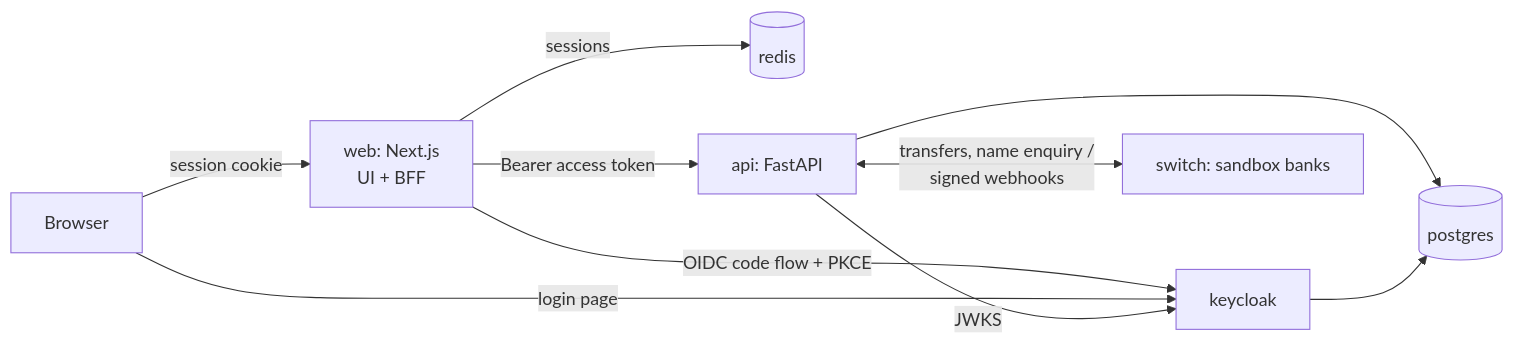
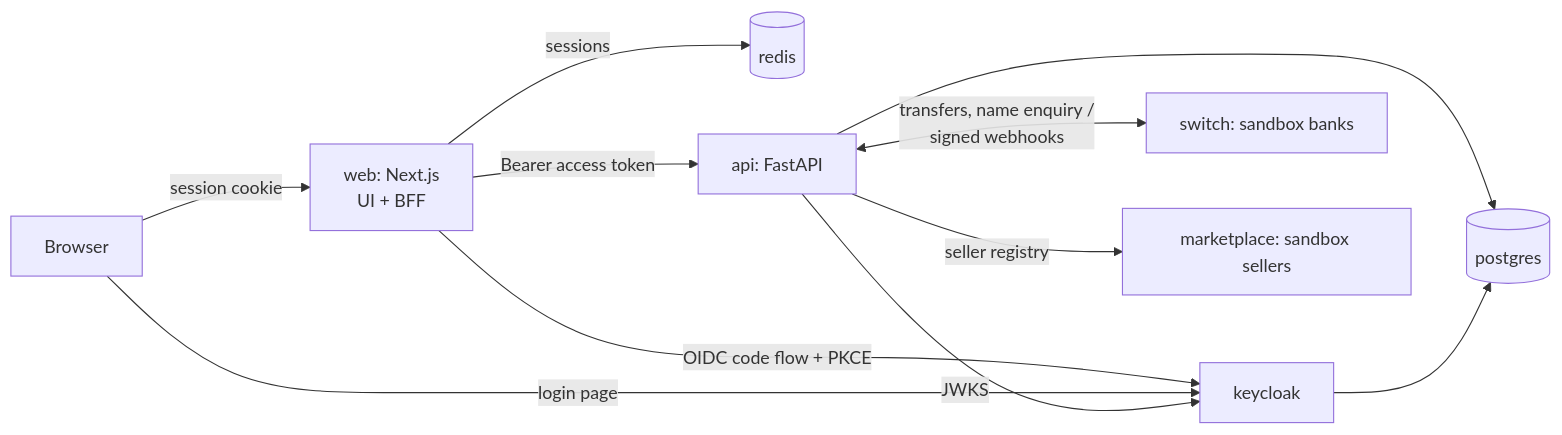
Before and after one commit to DAMILARE1012/agent-purchase: the diagram in README.md, drawn with Mermaid. The commit also changed other lines of this file and 139 other files, not shown here.

````diff
--- a/README.md
+++ b/README.md
@@ -68,12 +79,13 @@
 ```mermaid
 flowchart LR
   B[Browser] -->|session cookie| W[web: Next.js<br/>UI + BFF]
   W -->|OIDC code flow + PKCE| K[keycloak]
   B -->|login page| K
   W -->|sessions| R[(redis)]
   W -->|Bearer access token| A[api: FastAPI]
   A -->|JWKS| K
   A <-->|transfers, name enquiry /<br/>signed webhooks| S[switch: sandbox banks]
+  A -->|seller registry| M[marketplace: sandbox sellers]
   A --> P[(postgres)]
   K --> P
 ```
````
